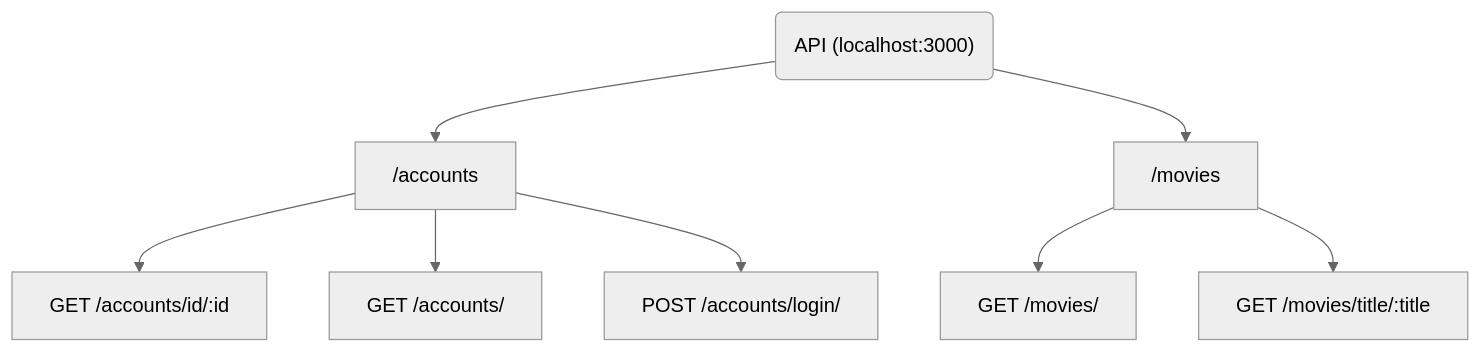
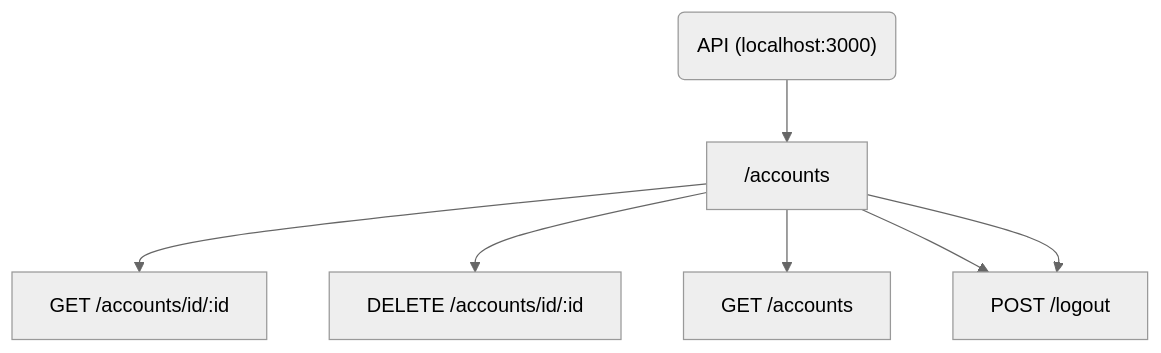
The third of 5 diagrams in README.md (25KMO-WebProject/TheRedCarpet), drawn with Mermaid (neutral theme) before and after one commit. The commit also changed other lines of this file, not shown here.

````diff
--- a/README.md
+++ b/README.md
@@ -111,16 +127,12 @@
 ```mermaid
 graph TD
     A("API (localhost:3000)")
 
     A --> acc["/accounts"]
     acc --> accId["GET /accounts/id/:id"]
-    acc --> accAll["GET /accounts/"]
-    acc --> accLogin["POST /accounts/login/"]
-
-    A --> mov["/movies"]
-    mov --> movAll["GET /movies/"]
-
-    mov --> movId["GET /movies/title/:title"]
-
+    acc --> accDeleteId["DELETE /accounts/id/:id"]
+    acc --> accAll["GET /accounts"]
+    acc --> accLogin["POST /login"]
+    acc --> accLogin["POST /logout"]
 
 ```
````
